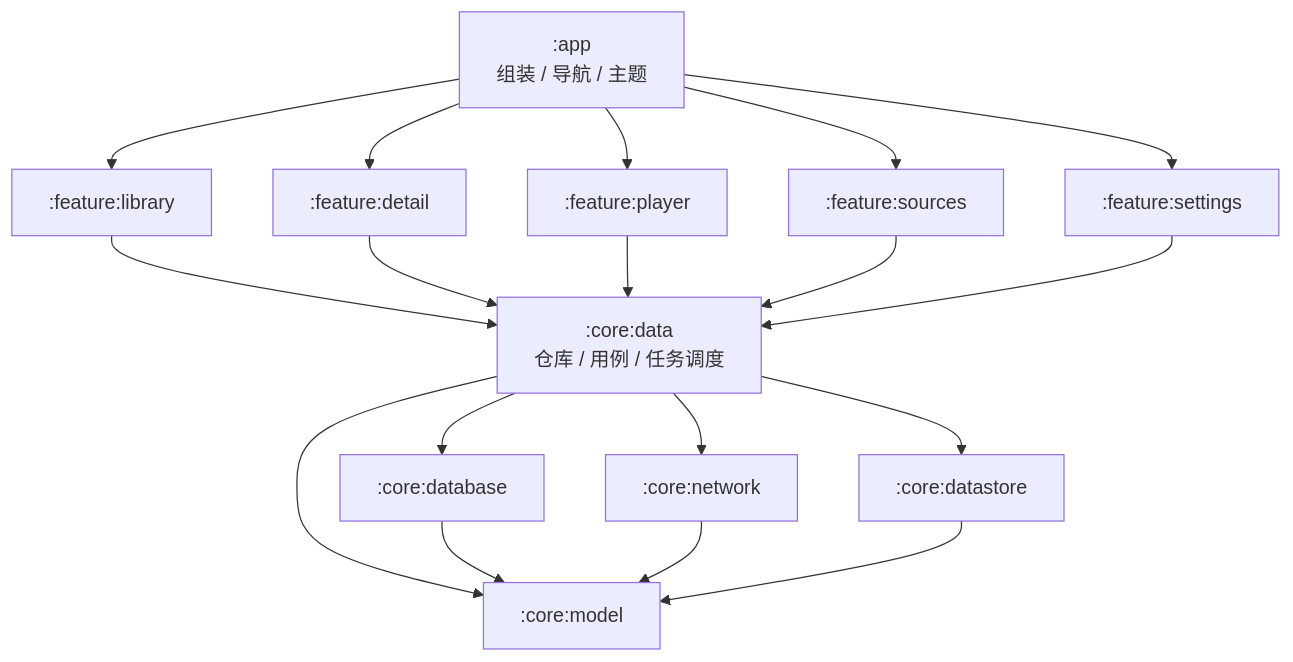
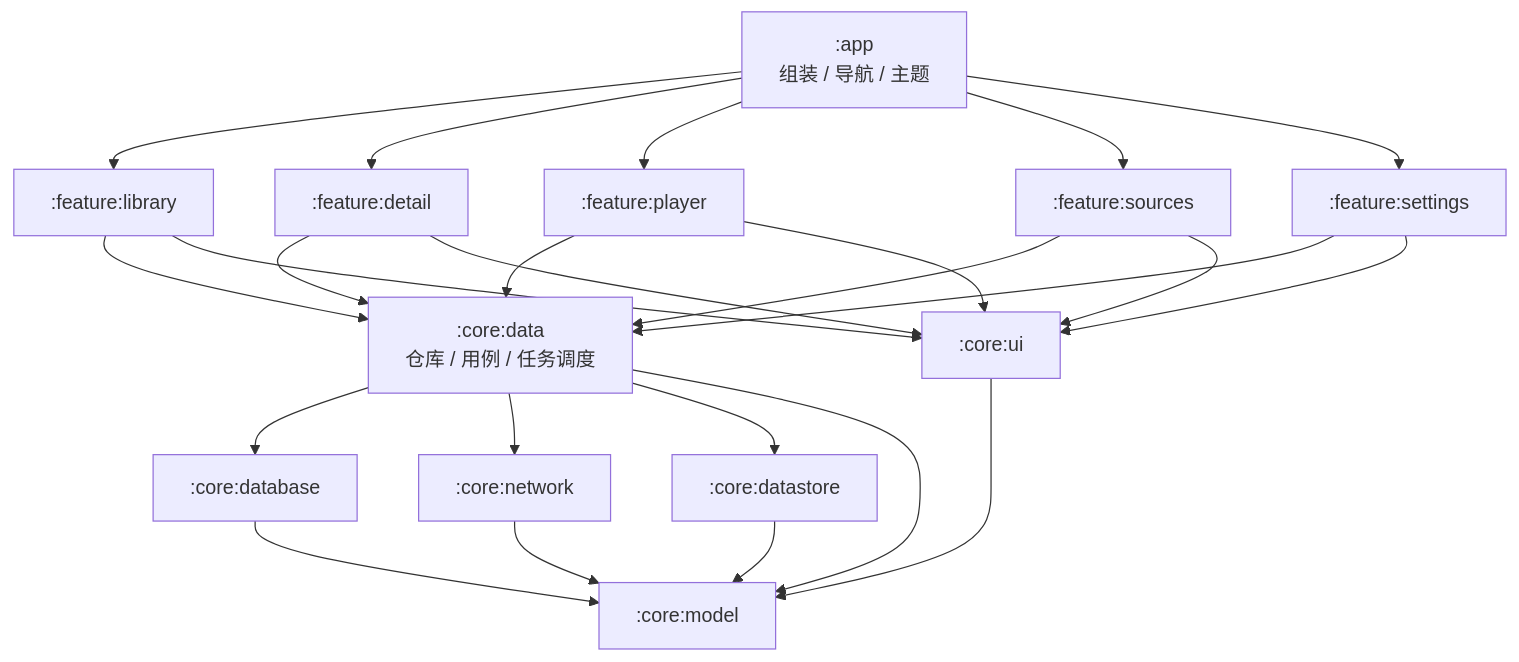
The diagram in ARCHITECTURE.md (Lebai280/MediaDock), drawn with Mermaid before and after one commit. The commit also changed other lines of this file and 53 other files, not shown here.

````diff
--- a/ARCHITECTURE.md
+++ b/ARCHITECTURE.md
@@ -84,20 +91,26 @@
 ```mermaid
 flowchart TD
     APP[:app<br/>组装 / 导航 / 主题] --> F1[:feature:library]
     APP --> F2[:feature:detail]
     APP --> F3[:feature:player]
     APP --> F4[:feature:sources]
     APP --> F5[:feature:settings]
     F1 --> DATA[:core:data<br/>仓库 / 用例 / 任务调度]
     F2 --> DATA
     F3 --> DATA
     F4 --> DATA
     F5 --> DATA
+    F1 --> UI[:core:ui]
+    F2 --> UI
+    F3 --> UI
+    F4 --> UI
+    F5 --> UI
     DATA --> DB[:core:database]
     DATA --> NET[:core:network]
     DATA --> DS[:core:datastore]
     DATA --> MODEL[:core:model]
+    UI --> MODEL
     DB --> MODEL
     NET --> MODEL
     DS --> MODEL
 ```
````
